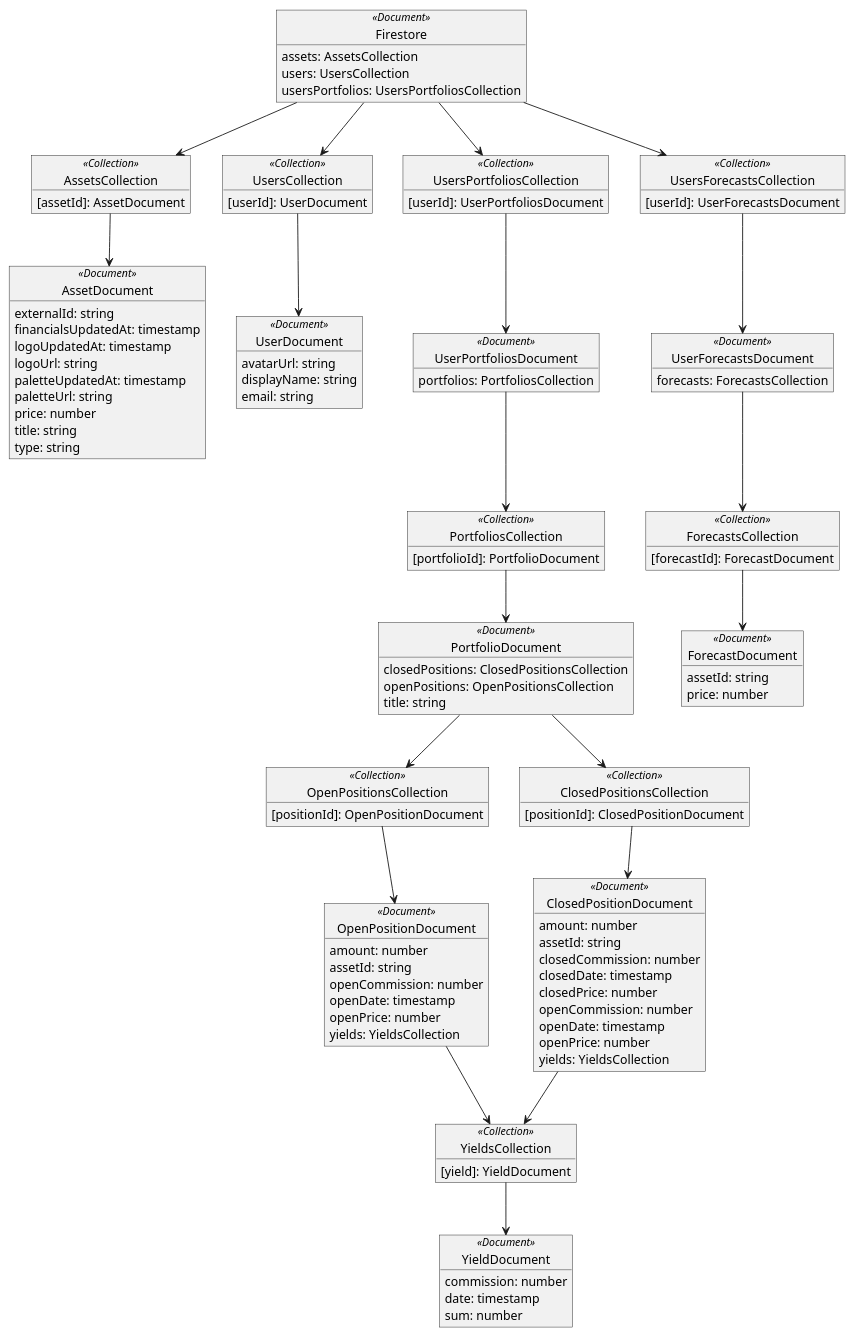
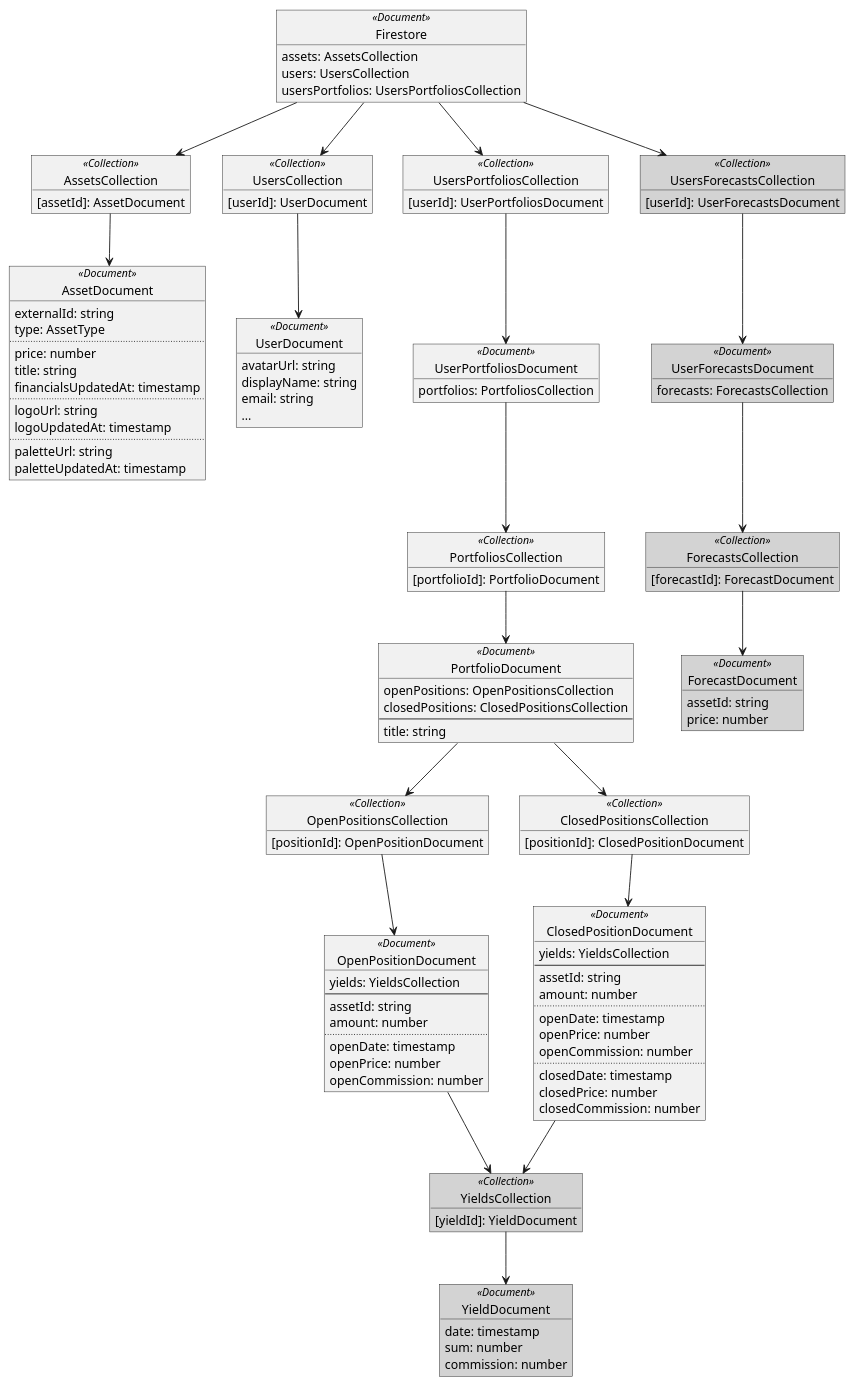
The diagram in docs/diagrams/Database.puml (loginov-rocks/Portfolio), drawn with PlantUML before and after one commit. The commit also changed 22 other files, not shown here.

```diff
--- a/docs/diagrams/Database.puml
+++ b/docs/diagrams/Database.puml
@@ -1,132 +1,142 @@
 @startuml
 
 object Firestore <<Document>> {
     assets: AssetsCollection
     users: UsersCollection
     usersPortfolios: UsersPortfoliosCollection
 }
 
 object AssetsCollection <<Collection>> {
     [assetId]: AssetDocument
 }
 
 object AssetDocument <<Document>> {
     externalId: string
-    financialsUpdatedAt: timestamp
-    logoUpdatedAt: timestamp
-    logoUrl: string
-    paletteUpdatedAt: timestamp
-    paletteUrl: string
+    type: AssetType
+    ..
     price: number
     title: string
-    type: string
+    financialsUpdatedAt: timestamp
+    ..
+    logoUrl: string
+    logoUpdatedAt: timestamp
+    ..
+    paletteUrl: string
+    paletteUpdatedAt: timestamp
 }
 
 object UsersCollection <<Collection>> {
     [userId]: UserDocument
 }
 
 object UserDocument <<Document>> {
     avatarUrl: string
     displayName: string
     email: string
+    ...
 }
 
 object UsersPortfoliosCollection <<Collection>> {
     [userId]: UserPortfoliosDocument
 }
 
 object UserPortfoliosDocument <<Document>> {
     portfolios: PortfoliosCollection
 }
 
 object PortfoliosCollection <<Collection>> {
     [portfolioId]: PortfolioDocument
 }
 
 object PortfolioDocument <<Document>> {
+    openPositions: OpenPositionsCollection
     closedPositions: ClosedPositionsCollection
-    openPositions: OpenPositionsCollection
+    --
     title: string
 }
 
 object OpenPositionsCollection <<Collection>> {
     [positionId]: OpenPositionDocument
 }
 
 object OpenPositionDocument <<Document>> {
+    yields: YieldsCollection
+    --
+    assetId: string
     amount: number
-    assetId: string
-    openCommission: number
+    ..
     openDate: timestamp
     openPrice: number
-    yields: YieldsCollection
+    openCommission: number
 }
 
 object ClosedPositionsCollection <<Collection>> {
     [positionId]: ClosedPositionDocument
 }
 
 object ClosedPositionDocument <<Document>> {
+    yields: YieldsCollection
+    --
+    assetId: string
     amount: number
-    assetId: string
-    closedCommission: number
+    ..
+    openDate: timestamp
+    openPrice: number
+    openCommission: number
+    ..
     closedDate: timestamp
     closedPrice: number
-    openCommission: number
-    openDate: timestamp
-    openPrice: number
-    yields: YieldsCollection
+    closedCommission: number
 }
 
-object YieldsCollection <<Collection>> {
-    [yield]: YieldDocument
+object YieldsCollection <<Collection>> #lightgray {
+    [yieldId]: YieldDocument
 }
 
-object YieldDocument <<Document>> {
-    commission: number
+object YieldDocument <<Document>> #lightgray {
     date: timestamp
     sum: number
+    commission: number
 }
 
-object UsersForecastsCollection <<Collection>> {
+object UsersForecastsCollection <<Collection>> #lightgray {
     [userId]: UserForecastsDocument
 }
 
-object UserForecastsDocument <<Document>> {
+object UserForecastsDocument <<Document>> #lightgray {
     forecasts: ForecastsCollection
 }
 
-object ForecastsCollection <<Collection>> {
+object ForecastsCollection <<Collection>> #lightgray {
     [forecastId]: ForecastDocument
 }
 
-object ForecastDocument <<Document>> {
+object ForecastDocument <<Document>> #lightgray {
     assetId: string
     price: number
 }
 
 Firestore --> AssetsCollection
 AssetsCollection --> AssetDocument
 
 Firestore --> UsersCollection
 UsersCollection --> UserDocument
 
 Firestore --> UsersPortfoliosCollection
 UsersPortfoliosCollection --> UserPortfoliosDocument
 UserPortfoliosDocument --> PortfoliosCollection
 PortfoliosCollection --> PortfolioDocument
 PortfolioDocument --> OpenPositionsCollection
 OpenPositionsCollection --> OpenPositionDocument
 PortfolioDocument --> ClosedPositionsCollection
 ClosedPositionsCollection --> ClosedPositionDocument
 OpenPositionDocument --> YieldsCollection
 ClosedPositionDocument --> YieldsCollection
 YieldsCollection --> YieldDocument
 
 Firestore --> UsersForecastsCollection
 UsersForecastsCollection --> UserForecastsDocument
 UserForecastsDocument --> ForecastsCollection
 ForecastsCollection --> ForecastDocument
 
 @enduml
```
